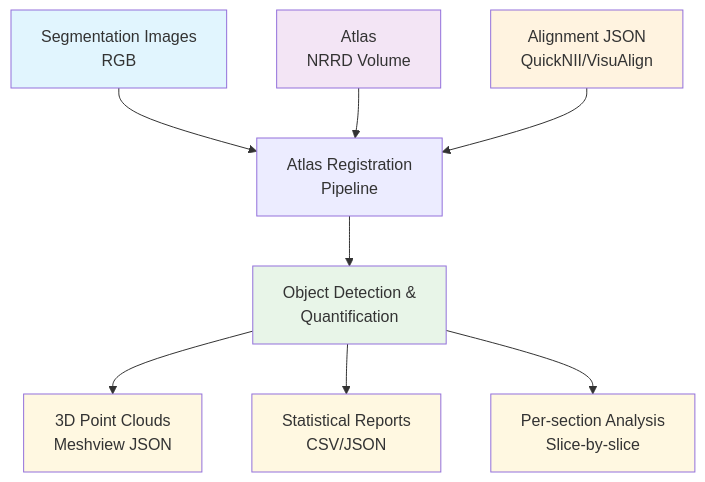
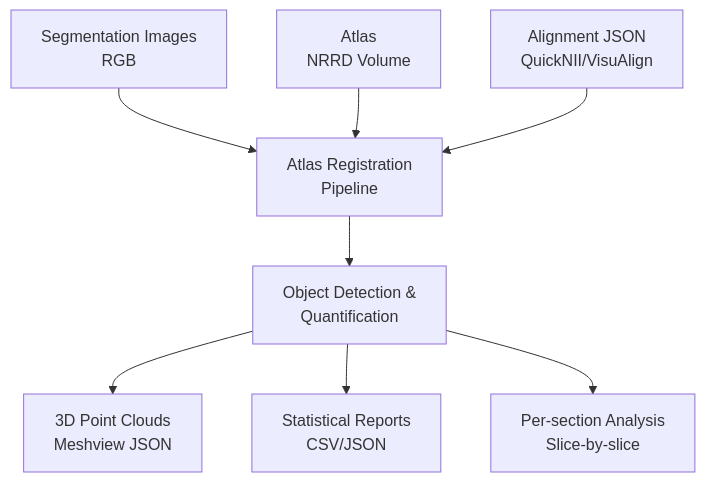
Before and after one commit to ArdaBalkir/webnutil-service: the diagram in README.md, drawn with Mermaid.

Commit message:
color freed from mermaid for backgrounds

````diff
--- a/README.md
+++ b/README.md
@@ -262,20 +262,12 @@
 ```mermaid
 graph TD
     A[Segmentation Images<br/>RGB] --> D[Atlas Registration<br/>Pipeline]
     B[Atlas<br/>NRRD Volume] --> D
     C[Alignment JSON<br/>QuickNII/VisuAlign] --> D
 
     D --> E[Object Detection &<br/>Quantification]
 
     E --> F[3D Point Clouds<br/>Meshview JSON]
     E --> G[Statistical Reports<br/>CSV/JSON]
     E --> H[Per-section Analysis<br/>Slice-by-slice]
-
-    style A fill:#e1f5fe
-    style B fill:#f3e5f5
-    style C fill:#fff3e0
-    style E fill:#e8f5e8
-    style F fill:#fff8e1
-    style G fill:#fff8e1
-    style H fill:#fff8e1
 ```
````
